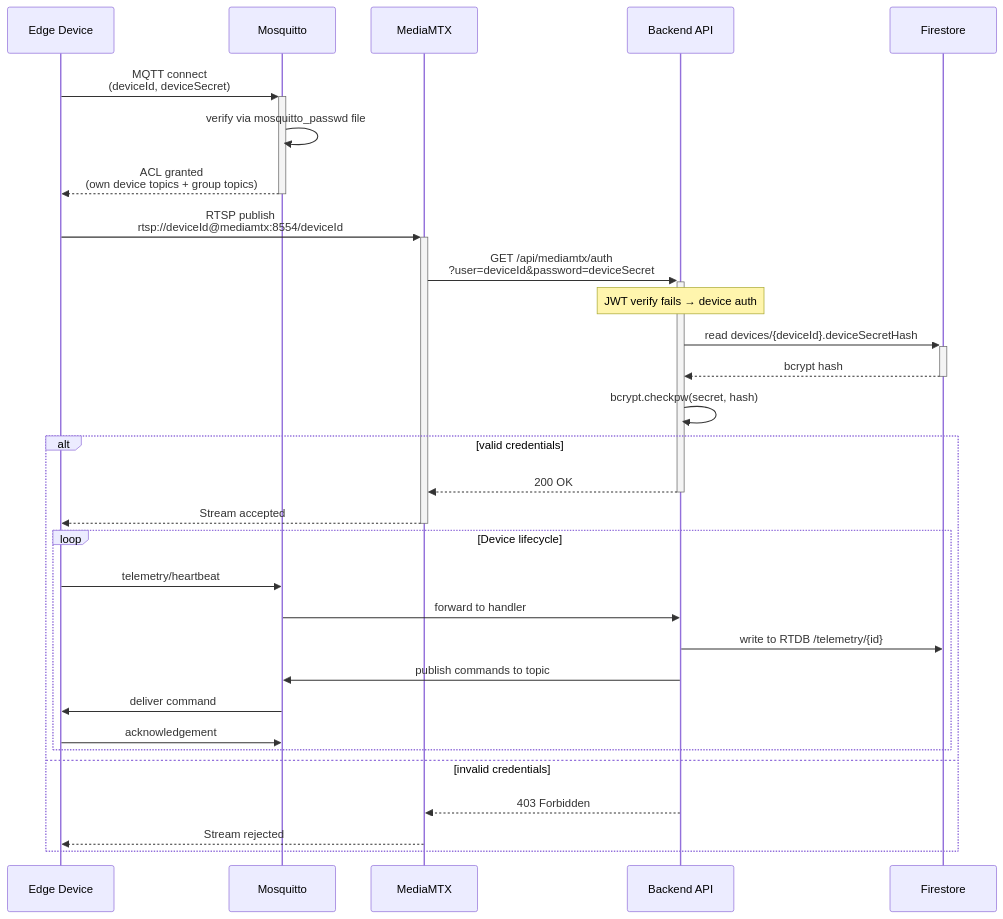
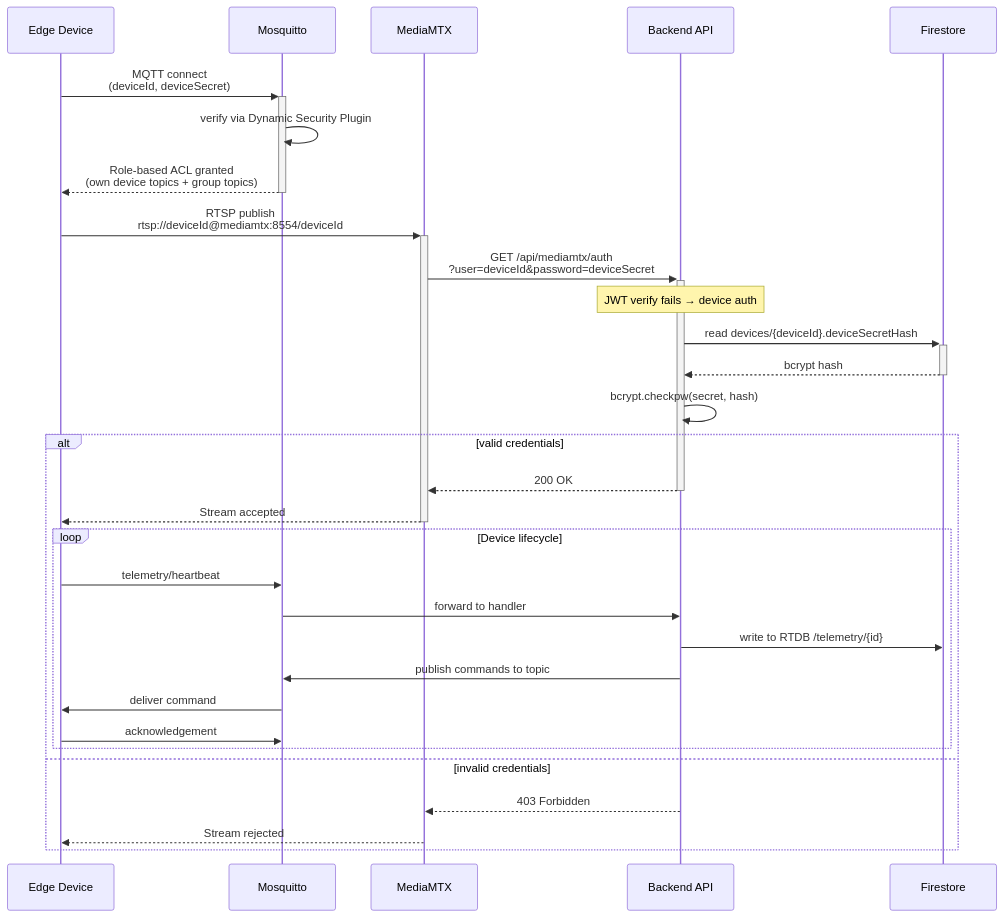
Before and after one commit to vclane/vclane-docs: the second of 2 diagrams in docs/server-integration.md, drawn with Mermaid. The commit also changed other lines of this file and 1 other file, not shown here.

Commit message:
update Dynamic Security docs: commands array format, two-step provisioning, volume persistence

````diff
--- a/docs/server-integration.md
+++ b/docs/server-integration.md
@@ -159,37 +160,37 @@
 ```mermaid
 sequenceDiagram
     participant Edge as Edge Device
     participant MQTT as Mosquitto
     participant MTX as MediaMTX
     participant API as Backend API
     participant DB as Firestore
 
     Edge->>+MQTT: MQTT connect<br/>(deviceId, deviceSecret)
-    MQTT->>MQTT: verify via mosquitto_passwd file
-    MQTT-->>-Edge: ACL granted<br/>(own device topics + group topics)
+    MQTT->>MQTT: verify via Dynamic Security Plugin
+    MQTT-->>-Edge: Role-based ACL granted<br/>(own device topics + group topics)
 
     Edge->>+MTX: RTSP publish<br/>rtsp://deviceId@mediamtx:8554/deviceId
     MTX->>+API: GET /api/mediamtx/auth<br/>?user=deviceId&password=deviceSecret
     Note over API: JWT verify fails → device auth
 
     API->>+DB: read devices/{deviceId}.deviceSecretHash
     DB-->>-API: bcrypt hash
     API->>API: bcrypt.checkpw(secret, hash)
 
     alt valid credentials
         API-->>-MTX: 200 OK
         MTX-->>-Edge: Stream accepted
 
         loop Device lifecycle
             Edge->>MQTT: telemetry/heartbeat
             MQTT->>API: forward to handler
             API->>DB: write to RTDB /telemetry/{id}
             API->>MQTT: publish commands to topic
             MQTT->>Edge: deliver command
             Edge->>MQTT: acknowledgement
         end
     else invalid credentials
         API-->>MTX: 403 Forbidden
         MTX-->>Edge: Stream rejected
     end
 ```
````
